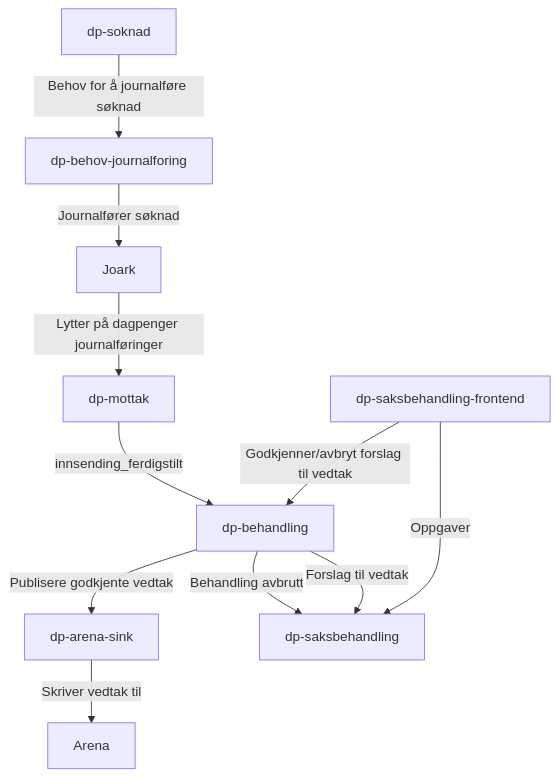
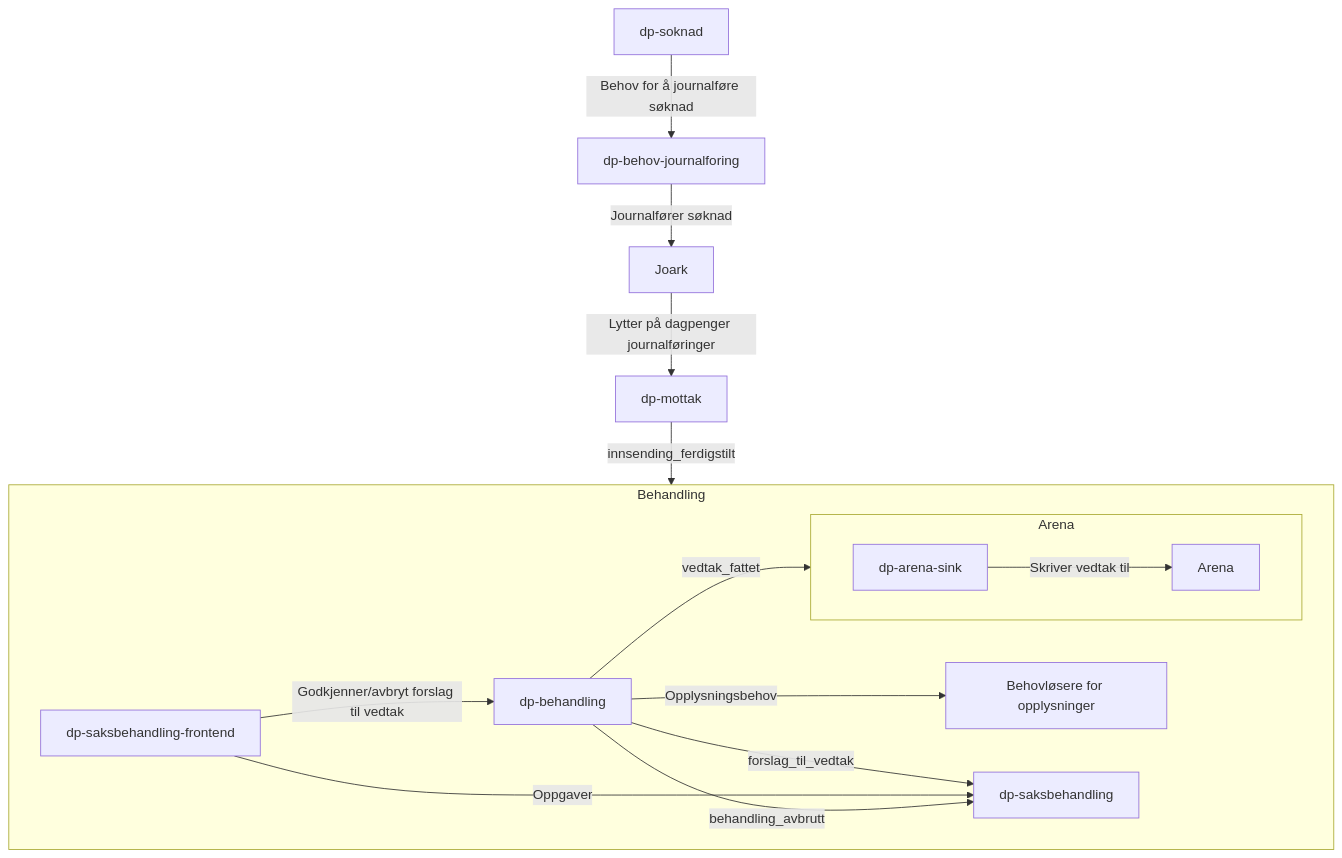
One commit to navikt/dp-vedtak changed the second of 2 diagrams in docs/README.md. Above: the diagram before and after it, drawn with Mermaid.

Commit message:
systemoversikt.

````diff
--- a/docs/README.md
+++ b/docs/README.md
@@ -53,23 +53,41 @@
 ```mermaid
-graph TD
-    A[dp-soknad]
+flowchart TD
+    A[dp-soknad] 
     B[dp-behov-journalforing]
     C[dp-mottak]
     D[dp-behandling]
     E[dp-saksbehandling]
     F[dp-saksbehandling-frontend]
     G[Joark]
     H[dp-arena-sink]
     I[Arena]
+    J[Behovløsere for opplysninger]
 
-    A -->|Behov for å journalføre søknad| B
+    click A "https://github.com/navikt/dp-soknad" "dp-soknad"
+    click B "https://github.com/navikt/dp-behov-journalforing" "dp-behov-journalforing"
+    click C "https://github.com/navikt/dp-mottak" "dp-mottak"
+    click D "https://github.com/navikt/dp-behandling" "dp-behandling"
+    click E "https://github.com/navikt/dp-saksbehandling" "dp-saksbehandling"
+    click F "https://github.com/navikt/dp-saksbehandling-frontend" "dp-saksbehandling-frontend"
+    click H "https://github.com/navikt/dp-arena-sink" "dp-arena-sink"
+    click J "https://github.com/navikt/dp-behandling/blob/main/docs/README.md#behov-for-opplysninger" "Behovløsere for opplysninger"
+
+
+    A -->|Behov for å journalføre søknad|B
     B -->|Journalfører søknad|G
     G -->|Lytter på dagpenger journalføringer|C
-    C -->|innsending_ferdigstilt|D
-    D -->|Forslag til vedtak|E
+    C -->|innsending_ferdigstilt|Behandling
+
+subgraph Behandling
+    D -->|Opplysningsbehov|J
+    D -->|forslag_til_vedtak|E
     F -->|Oppgaver|E
+    D -->|behandling_avbrutt|E
     F -->|Godkjenner/avbryt forslag til vedtak|D
-    D -->|Behandling avbrutt|E
-    D -->|Publisere godkjente vedtak|H
+    D -->|vedtak_fattet|Arena
+end
+
+subgraph Arena
     H -->|Skriver vedtak til|I
+end
 ```
````
